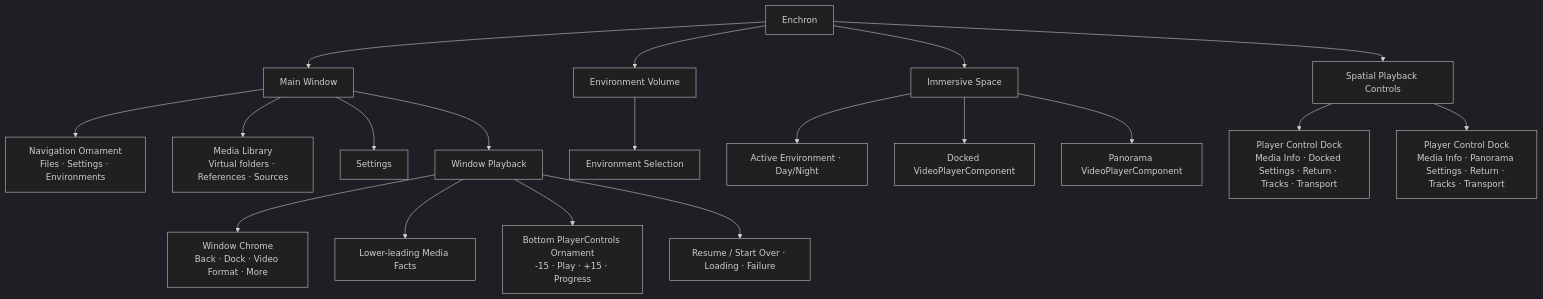
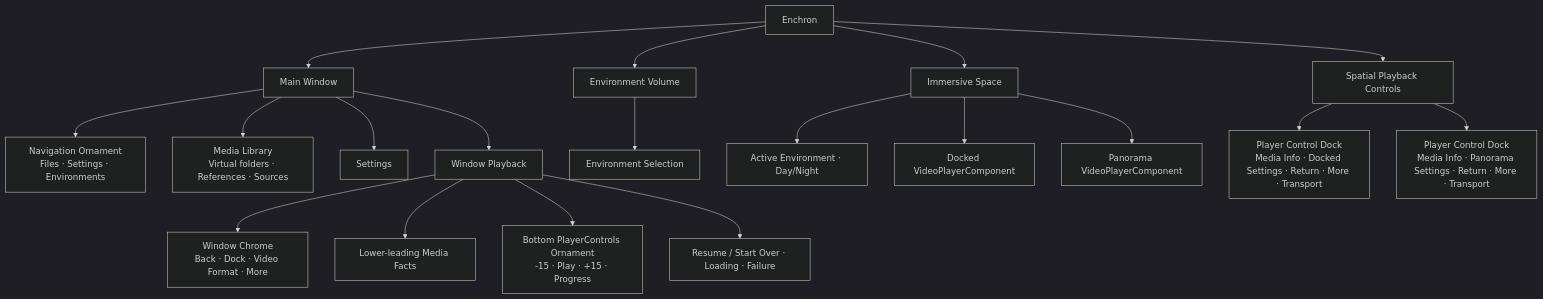
The first of 2 diagrams in docs/ui/README.md (1873663116/Enchron), drawn with Mermaid (dark theme) before and after one commit. The commit also changed other lines of this file and 4 other files, not shown here.

Commit message:
Fix playback deck media hover

````diff
--- a/docs/ui/README.md
+++ b/docs/ui/README.md
@@ -5,24 +5,24 @@
 ```mermaid
 flowchart TD
     App["Enchron"] --> Main["Main Window"]
     App --> Volume["Environment Volume"]
     App --> Space["Immersive Space"]
     App --> Controls["Spatial Playback Controls"]
 
     Main --> Nav["Navigation Ornament\nFiles · Settings · Environments"]
     Main --> Files["Media Library\nVirtual folders · References · Sources"]
     Main --> Settings["Settings"]
     Main --> WindowPlayback["Window Playback"]
 
     WindowPlayback --> Top["Window Chrome\nBack · Dock · Video Format · More"]
     WindowPlayback --> Facts["Lower-leading Media Facts"]
     WindowPlayback --> Deck["Bottom PlayerControls Ornament\n-15 · Play · +15 · Progress"]
     WindowPlayback --> Overlay["Resume / Start Over · Loading · Failure"]
 
     Volume --> Carousel["Environment Selection"]
     Space --> Environment["Active Environment · Day/Night"]
     Space --> Docked["Docked VideoPlayerComponent"]
     Space --> Panorama["Panorama VideoPlayerComponent"]
-    Controls --> DockedDeck["Player Control Dock\nMedia Info · Docked Settings · Return · Tracks · Transport"]
-    Controls --> PanoramaDeck["Player Control Dock\nMedia Info · Panorama Settings · Return · Tracks · Transport"]
+    Controls --> DockedDeck["Player Control Dock\nMedia Info · Docked Settings · Return · More · Transport"]
+    Controls --> PanoramaDeck["Player Control Dock\nMedia Info · Panorama Settings · Return · More · Transport"]
 ```
````
